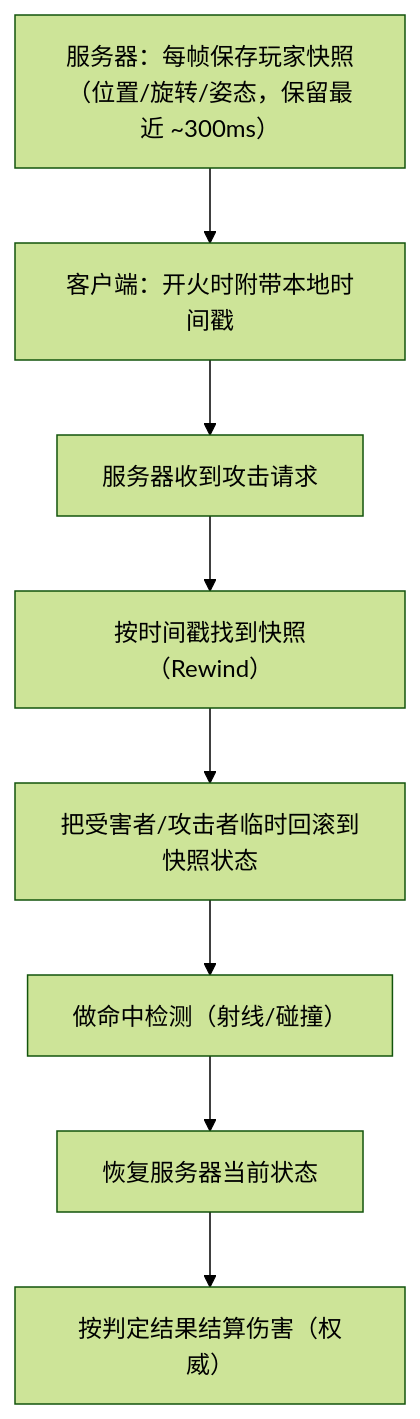
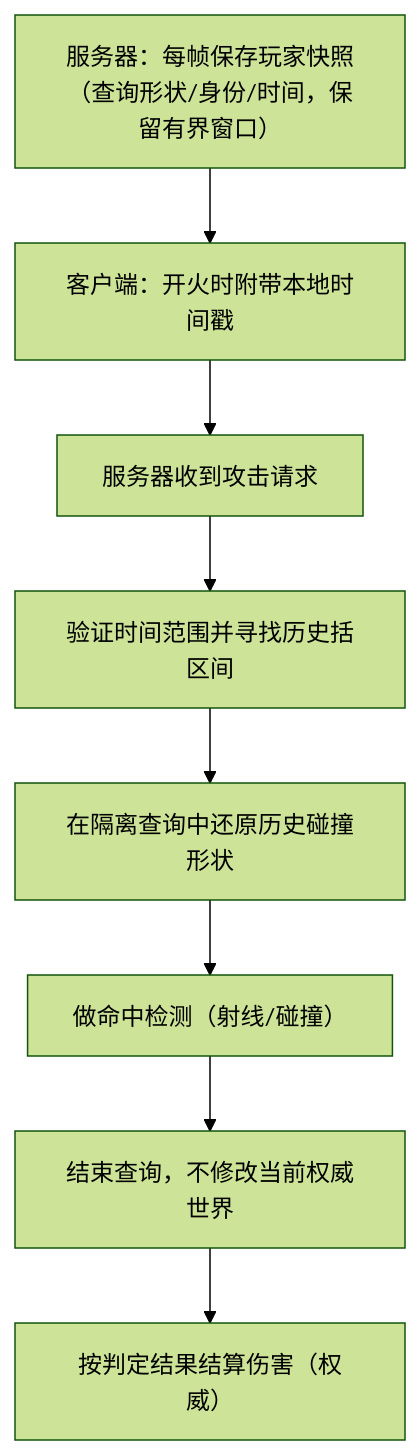
One commit to fantuan812/learning changed the second of 2 diagrams in 游戏知识/06-网络同步/03-客户端预测与延迟补偿.md. Above: the diagram before and after it, drawn with Mermaid (forest theme). The commit also changed other lines of this file and 5 other files, not shown here.

````diff
--- a/游戏知识/06-网络同步/03-客户端预测与延迟补偿.md
+++ b/游戏知识/06-网络同步/03-客户端预测与延迟补偿.md
@@ -143,10 +151,10 @@
 ```mermaid
 flowchart TD
-    A["服务器：每帧保存玩家快照<br/>（位置/旋转/姿态，保留最近 ~300ms）"] --> B["客户端：开火时附带本地时间戳"]
+    A["服务器：每帧保存玩家快照<br/>（查询形状/身份/时间，保留有界窗口）"] --> B["客户端：开火时附带本地时间戳"]
     B --> C["服务器收到攻击请求"]
-    C --> D["按时间戳找到快照（Rewind）"]
-    D --> E["把受害者/攻击者临时回滚到快照状态"]
+    C --> D["验证时间范围并寻找历史括区间"]
+    D --> E["在隔离查询中还原历史碰撞形状"]
     E --> F["做命中检测（射线/碰撞）"]
-    F --> G["恢复服务器当前状态"]
+    F --> G["结束查询，不修改当前权威世界"]
     G --> H["按判定结果结算伤害（权威）"]
 ```
````
